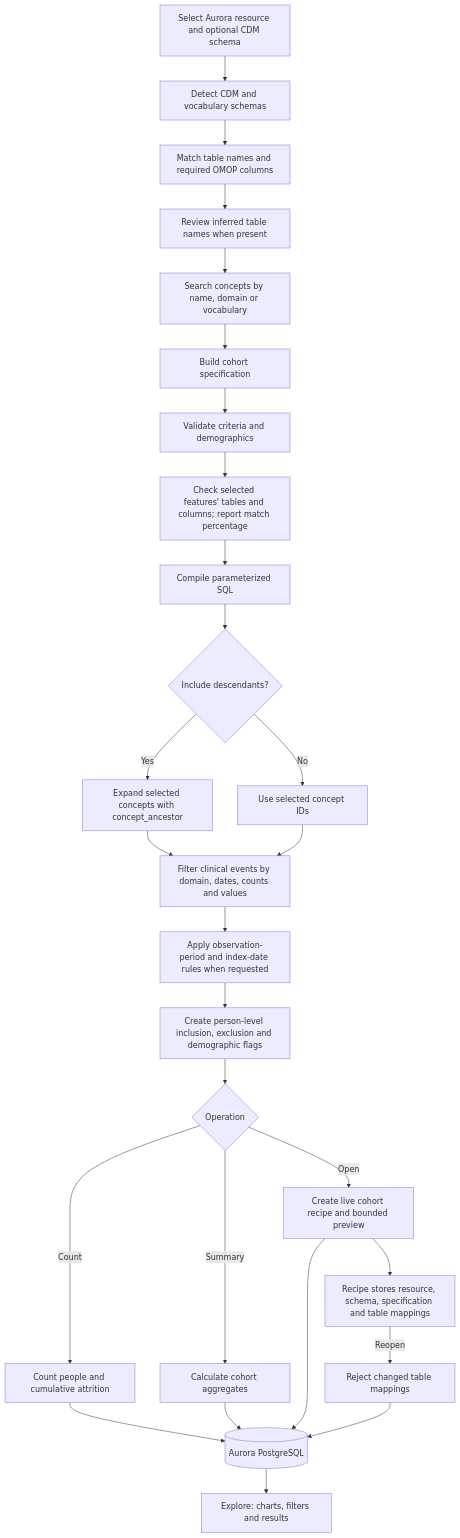
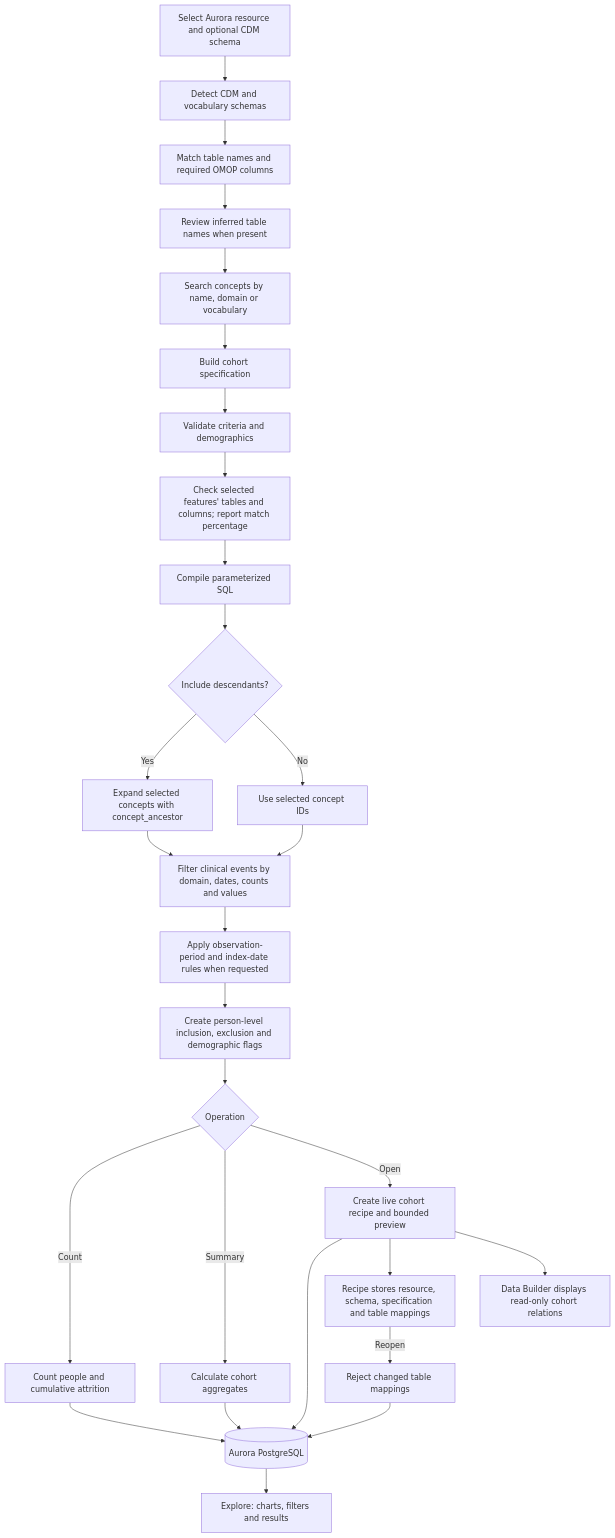
The fifth of 8 diagrams in src/cohort-studio/docs/architecture.md (verily-src/workbench-app-devcontainers), drawn with Mermaid before and after one commit. The commit also changed other lines of this file and 9 other files, not shown here.

Commit message:
Show OMOP cohort relations in Data Builder

````diff
--- a/src/cohort-studio/docs/architecture.md
+++ b/src/cohort-studio/docs/architecture.md
@@ -1283,29 +1287,30 @@
 ```mermaid
 flowchart TD
   Start["Select Aurora resource and optional CDM schema"] --> Detect["Detect CDM and vocabulary schemas"]
   Detect --> Match["Match table names and required OMOP columns"]
   Match --> Review["Review inferred table names when present"]
   Review --> Search["Search concepts by name, domain or vocabulary"]
   Search --> Spec["Build cohort specification"]
   Spec --> Validate["Validate criteria and demographics"]
   Validate --> Tables["Check selected features' tables and columns; report match percentage"]
   Tables --> Compile["Compile parameterized SQL"]
   Compile --> Desc{"Include descendants?"}
   Desc -->|"Yes"| Ancestor["Expand selected concepts with concept_ancestor"]
   Desc -->|"No"| Exact["Use selected concept IDs"]
   Ancestor --> Events["Filter clinical events by domain, dates, counts and values"]
   Exact --> Events
   Events --> Obs["Apply observation-period and index-date rules when requested"]
   Obs --> Flags["Create person-level inclusion, exclusion and demographic flags"]
   Flags --> Action{"Operation"}
   Action -->|"Count"| Count["Count people and cumulative attrition"]
   Action -->|"Summary"| Summary["Calculate cohort aggregates"]
   Action -->|"Open"| Open["Create live cohort recipe and bounded preview"]
   Count --> DB[("Aurora PostgreSQL")]
   Summary --> DB
   Open --> DB
   DB --> UI["Explore: charts, filters and results"]
   Open --> Recipe["Recipe stores resource, schema, specification and table mappings"]
+  Open --> Relations["Data Builder displays read-only cohort relations"]
   Recipe -->|"Reopen"| Check["Reject changed table mappings"]
   Check --> DB
 ```
````
